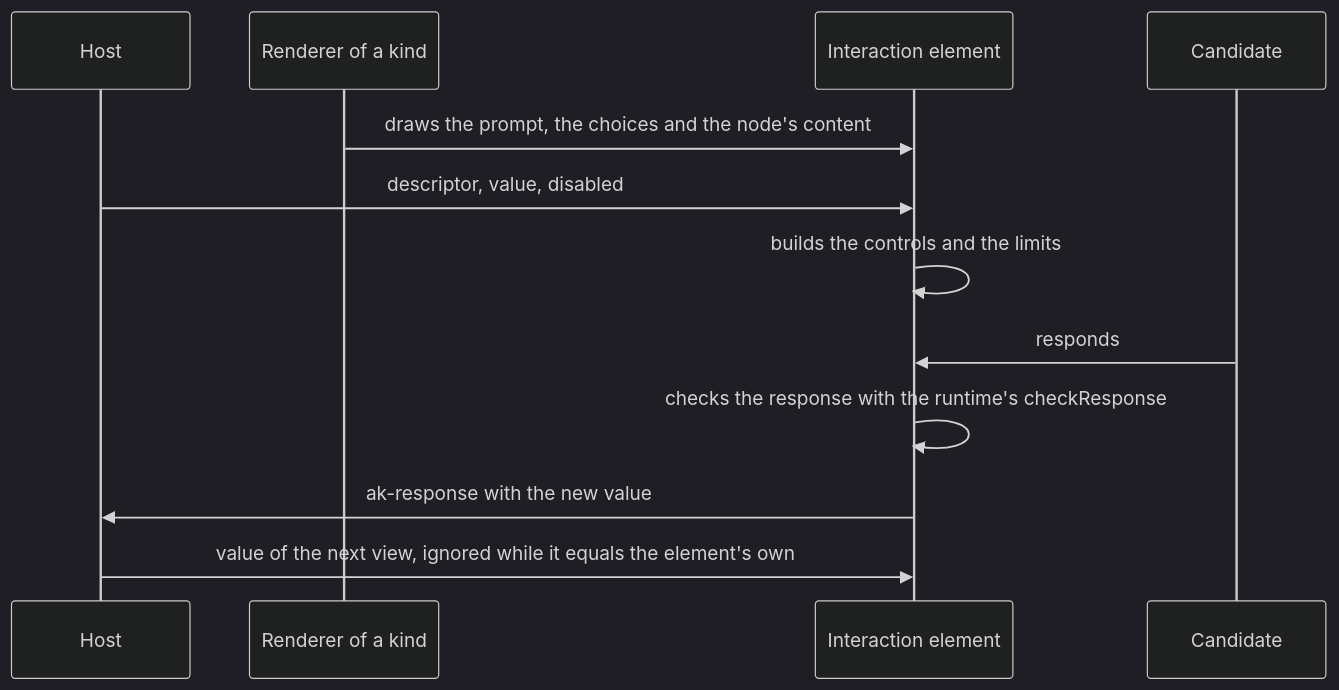
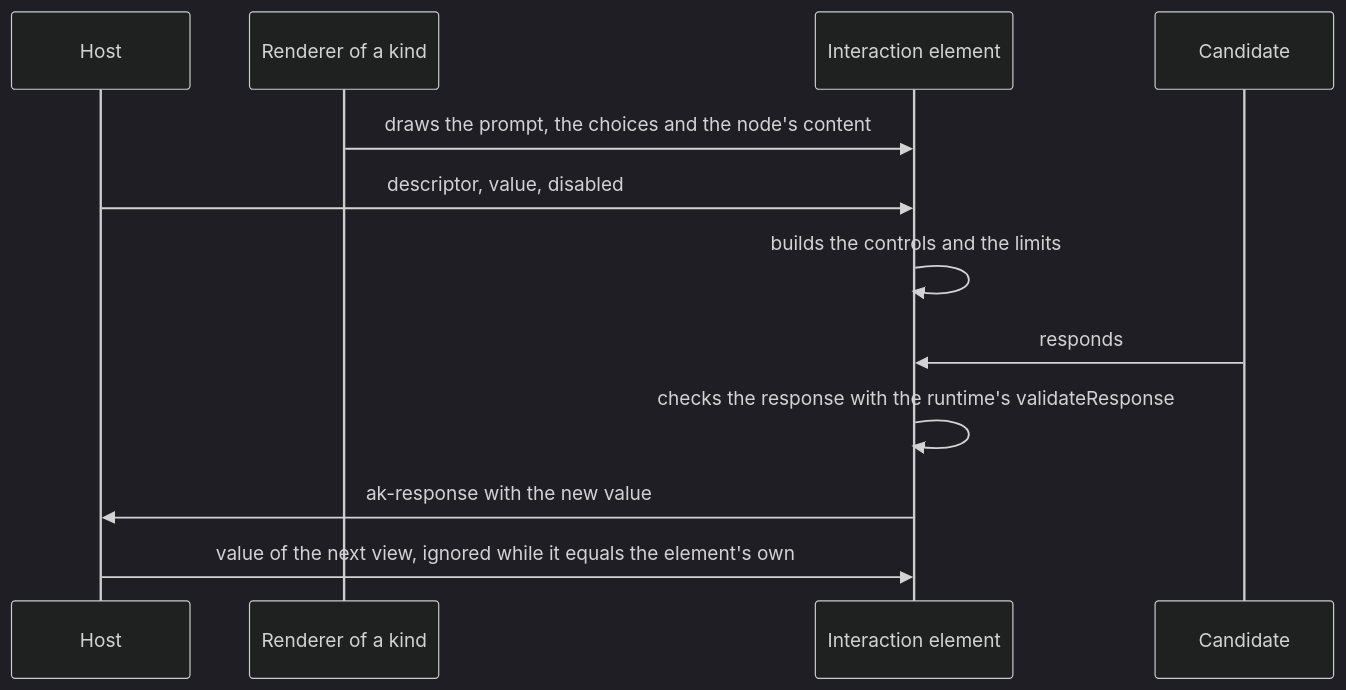
One commit to assesskit/assesskit changed the first of 2 diagrams in docs/player/interactions.md. Above: the diagram before and after it, drawn with Mermaid (dark theme). The commit also changed other lines of this file and 285 other files, not shown here.

````diff
--- a/docs/player/interactions.md
+++ b/docs/player/interactions.md
@@ -11,14 +11,14 @@
 ```mermaid
 sequenceDiagram
   participant H as Host
   participant R as Renderer of a kind
   participant E as Interaction element
   participant C as Candidate
   R->>E: draws the prompt, the choices and the node's content
   H->>E: descriptor, value, disabled
   E->>E: builds the controls and the limits
   C->>E: responds
-  E->>E: checks the response with the runtime's checkResponse
+  E->>E: checks the response with the runtime's validateResponse
   E->>H: ak-response with the new value
   H->>E: value of the next view, ignored while it equals the element's own
 ```
````
